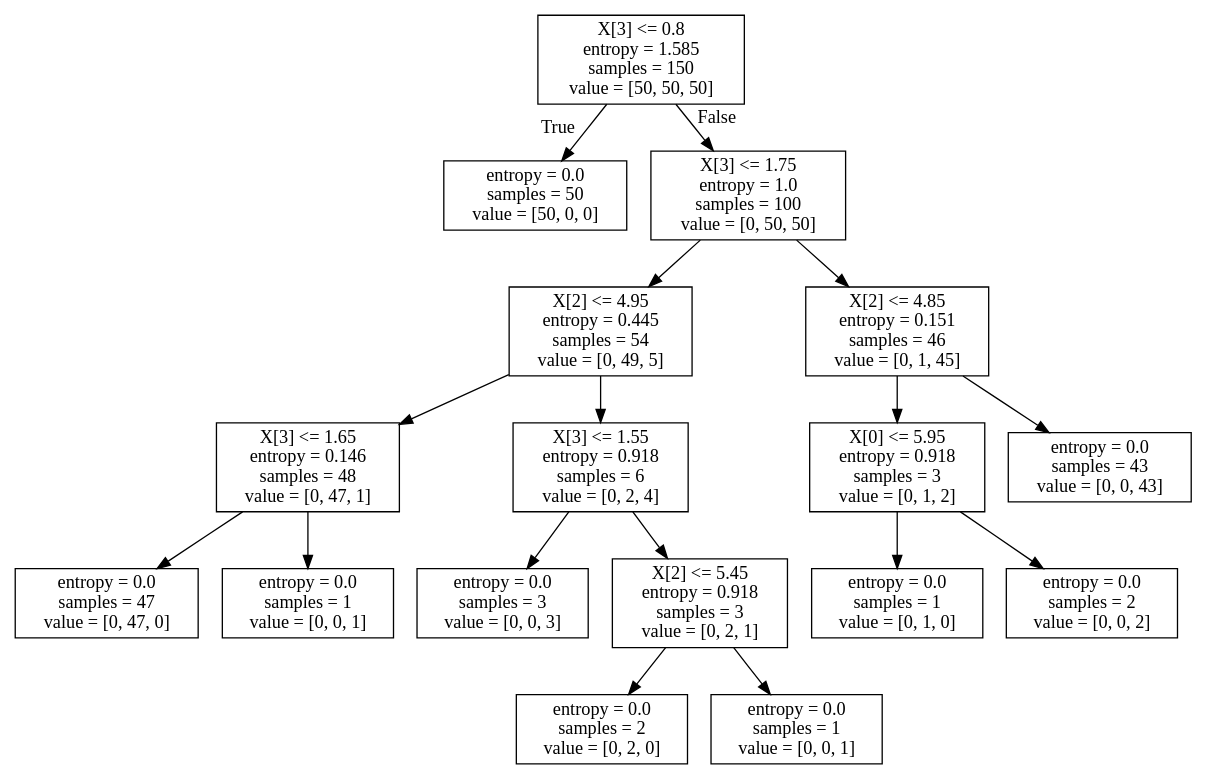
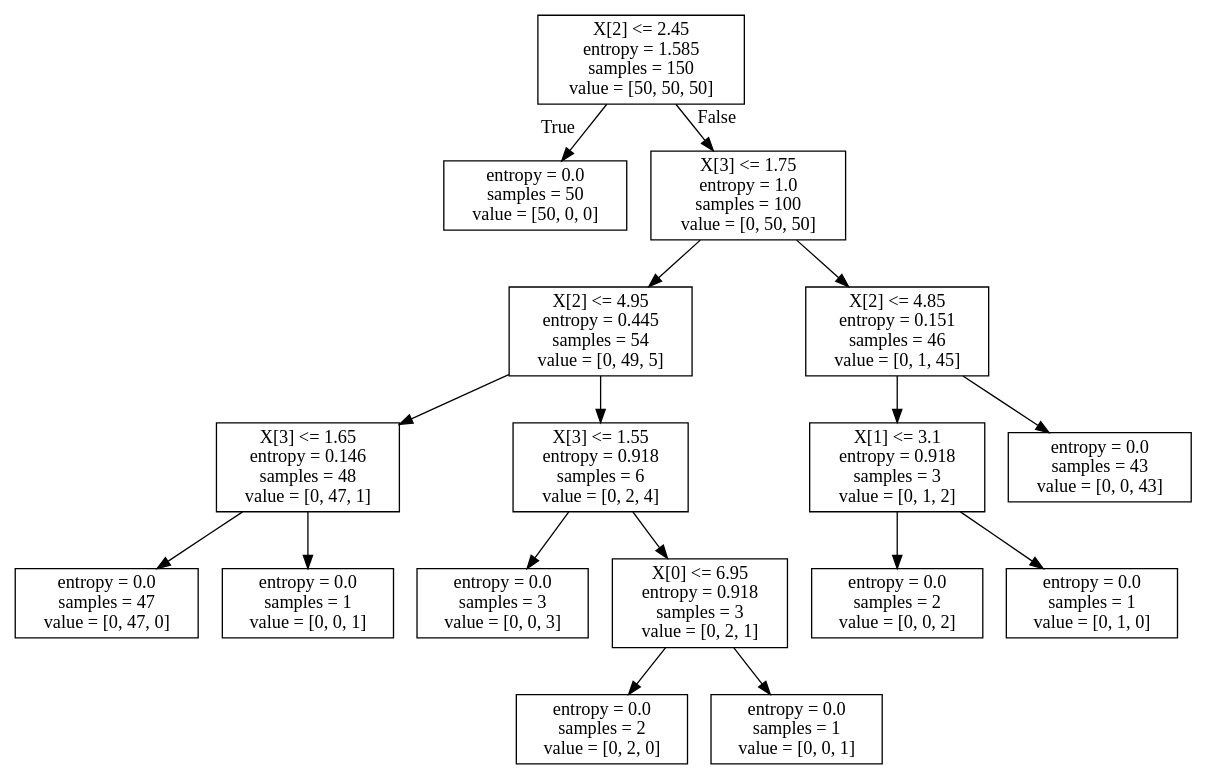
Before and after one commit to nitisha121/kaggle_exp: the diagram in iris_viz/iris.dot, drawn with Graphviz. The commit also changed 4 other files, not shown here.

```diff
--- a/iris_viz/iris.dot
+++ b/iris_viz/iris.dot
@@ -1,36 +1,36 @@
 digraph Tree {
 node [shape=box] ;
-0 [label="X[3] <= 0.8\nentropy = 1.585\nsamples = 150\nvalue = [50, 50, 50]"] ;
+0 [label="X[2] <= 2.45\nentropy = 1.585\nsamples = 150\nvalue = [50, 50, 50]"] ;
 1 [label="entropy = 0.0\nsamples = 50\nvalue = [50, 0, 0]"] ;
 0 -> 1 [labeldistance=2.5, labelangle=45, headlabel="True"] ;
 2 [label="X[3] <= 1.75\nentropy = 1.0\nsamples = 100\nvalue = [0, 50, 50]"] ;
 0 -> 2 [labeldistance=2.5, labelangle=-45, headlabel="False"] ;
 3 [label="X[2] <= 4.95\nentropy = 0.445\nsamples = 54\nvalue = [0, 49, 5]"] ;
 2 -> 3 ;
 4 [label="X[3] <= 1.65\nentropy = 0.146\nsamples = 48\nvalue = [0, 47, 1]"] ;
 3 -> 4 ;
 5 [label="entropy = 0.0\nsamples = 47\nvalue = [0, 47, 0]"] ;
 4 -> 5 ;
 6 [label="entropy = 0.0\nsamples = 1\nvalue = [0, 0, 1]"] ;
 4 -> 6 ;
 7 [label="X[3] <= 1.55\nentropy = 0.918\nsamples = 6\nvalue = [0, 2, 4]"] ;
 3 -> 7 ;
 8 [label="entropy = 0.0\nsamples = 3\nvalue = [0, 0, 3]"] ;
 7 -> 8 ;
-9 [label="X[2] <= 5.45\nentropy = 0.918\nsamples = 3\nvalue = [0, 2, 1]"] ;
+9 [label="X[0] <= 6.95\nentropy = 0.918\nsamples = 3\nvalue = [0, 2, 1]"] ;
 7 -> 9 ;
 10 [label="entropy = 0.0\nsamples = 2\nvalue = [0, 2, 0]"] ;
 9 -> 10 ;
 11 [label="entropy = 0.0\nsamples = 1\nvalue = [0, 0, 1]"] ;
 9 -> 11 ;
 12 [label="X[2] <= 4.85\nentropy = 0.151\nsamples = 46\nvalue = [0, 1, 45]"] ;
 2 -> 12 ;
-13 [label="X[0] <= 5.95\nentropy = 0.918\nsamples = 3\nvalue = [0, 1, 2]"] ;
+13 [label="X[1] <= 3.1\nentropy = 0.918\nsamples = 3\nvalue = [0, 1, 2]"] ;
 12 -> 13 ;
-14 [label="entropy = 0.0\nsamples = 1\nvalue = [0, 1, 0]"] ;
+14 [label="entropy = 0.0\nsamples = 2\nvalue = [0, 0, 2]"] ;
 13 -> 14 ;
-15 [label="entropy = 0.0\nsamples = 2\nvalue = [0, 0, 2]"] ;
+15 [label="entropy = 0.0\nsamples = 1\nvalue = [0, 1, 0]"] ;
 13 -> 15 ;
 16 [label="entropy = 0.0\nsamples = 43\nvalue = [0, 0, 43]"] ;
 12 -> 16 ;
 }
```
